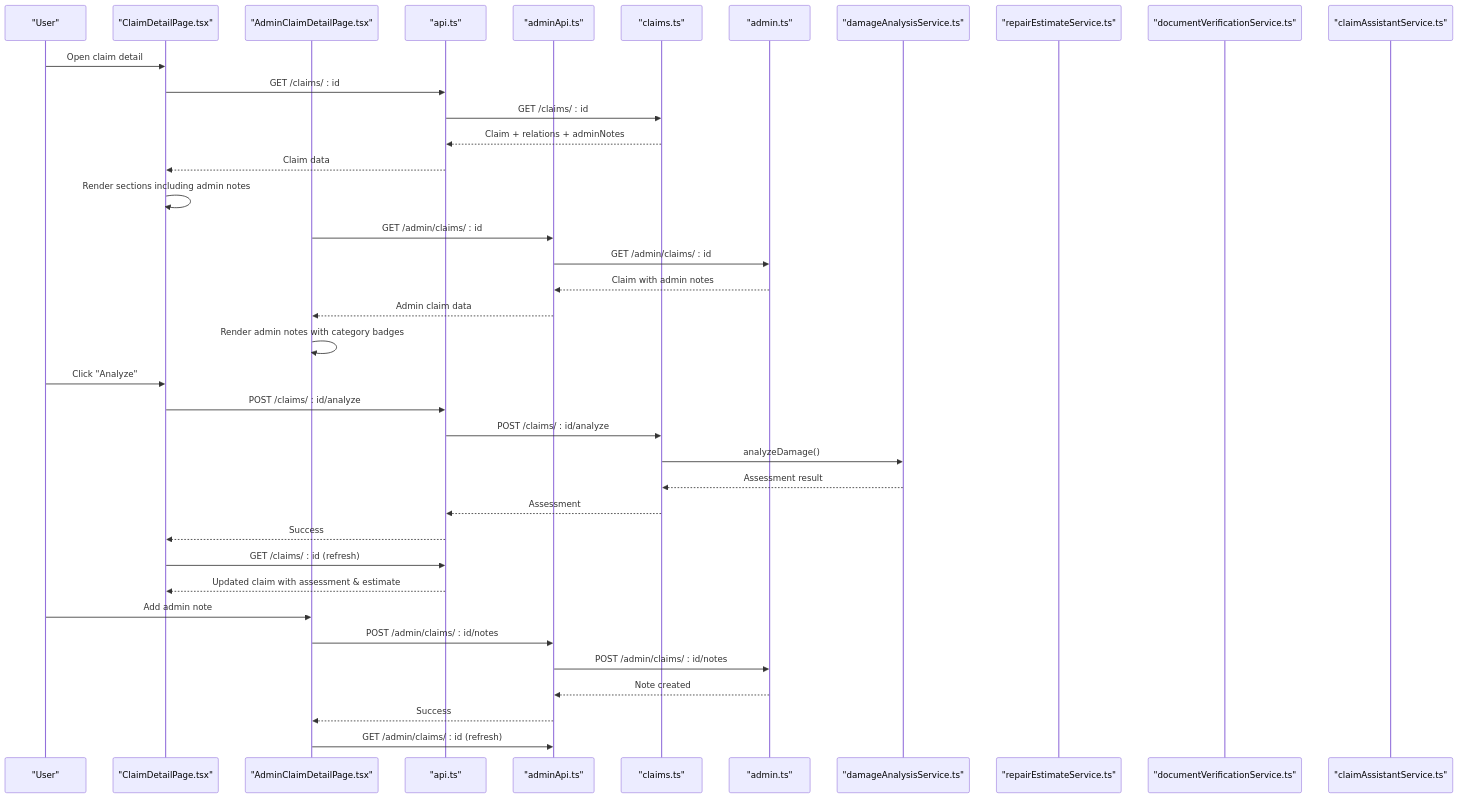
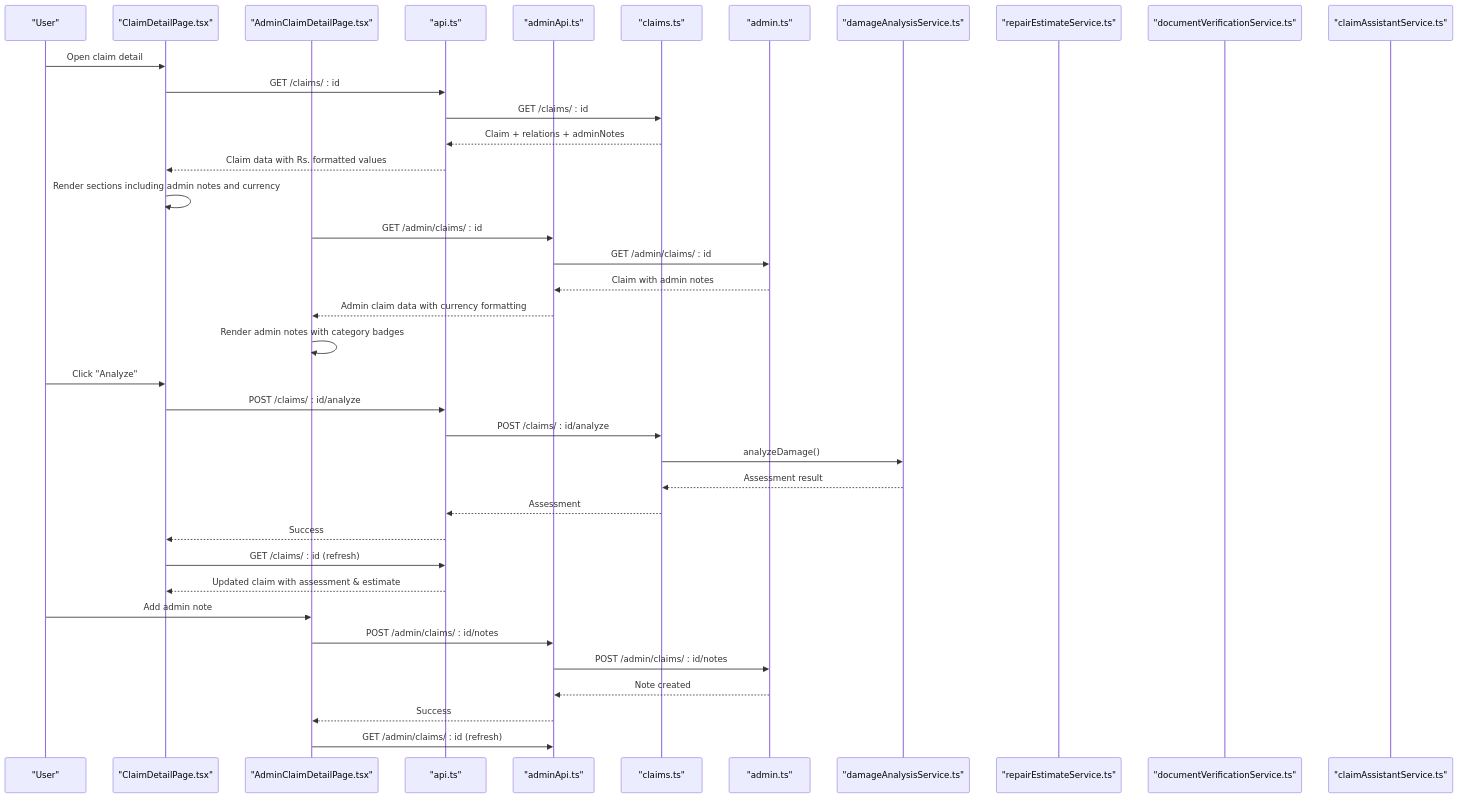
Before and after one commit to NaveenHiranya/Smart-Vehicle-Insurance-Claim-System: the second of 3 diagrams in .qoder/repowiki/en/content/Frontend Documentation/Pages and Views/User Pages/Claim Detail Page.md, drawn with Mermaid. The commit also changed other lines of this file and 9 other files, not shown here.

````diff
--- a/.qoder/repowiki/en/content/Frontend Documentation/Pages and Views/User Pages/Claim Detail Page.md
+++ b/.qoder/repowiki/en/content/Frontend Documentation/Pages and Views/User Pages/Claim Detail Page.md
@@ -123,40 +125,40 @@
 ```mermaid
 sequenceDiagram
 participant U as "User"
 participant F as "ClaimDetailPage.tsx"
 participant AF as "AdminClaimDetailPage.tsx"
 participant A as "api.ts"
 participant AA as "adminApi.ts"
 participant R as "claims.ts"
 participant AR as "admin.ts"
 participant S1 as "damageAnalysisService.ts"
 participant S2 as "repairEstimateService.ts"
 participant S3 as "documentVerificationService.ts"
 participant S4 as "claimAssistantService.ts"
 U->>F : Open claim detail
 F->>A : GET /claims/ : id
 A->>R : GET /claims/ : id
 R-->>A : Claim + relations + adminNotes
-A-->>F : Claim data
-F->>F : Render sections including admin notes
+A-->>F : Claim data with Rs. formatted values
+F->>F : Render sections including admin notes and currency
 AF->>AA : GET /admin/claims/ : id
 AA->>AR : GET /admin/claims/ : id
 AR-->>AA : Claim with admin notes
-AA-->>AF : Admin claim data
+AA-->>AF : Admin claim data with currency formatting
 AF->>AF : Render admin notes with category badges
 U->>F : Click "Analyze"
 F->>A : POST /claims/ : id/analyze
 A->>R : POST /claims/ : id/analyze
 R->>S1 : analyzeDamage()
 S1-->>R : Assessment result
 R-->>A : Assessment
 A-->>F : Success
 F->>A : GET /claims/ : id (refresh)
 A-->>F : Updated claim with assessment & estimate
 U->>AF : Add admin note
 AF->>AA : POST /admin/claims/ : id/notes
 AA->>AR : POST /admin/claims/ : id/notes
 AR-->>AA : Note created
 AA-->>AF : Success
 AF->>AA : GET /admin/claims/ : id (refresh)
 ```
````
